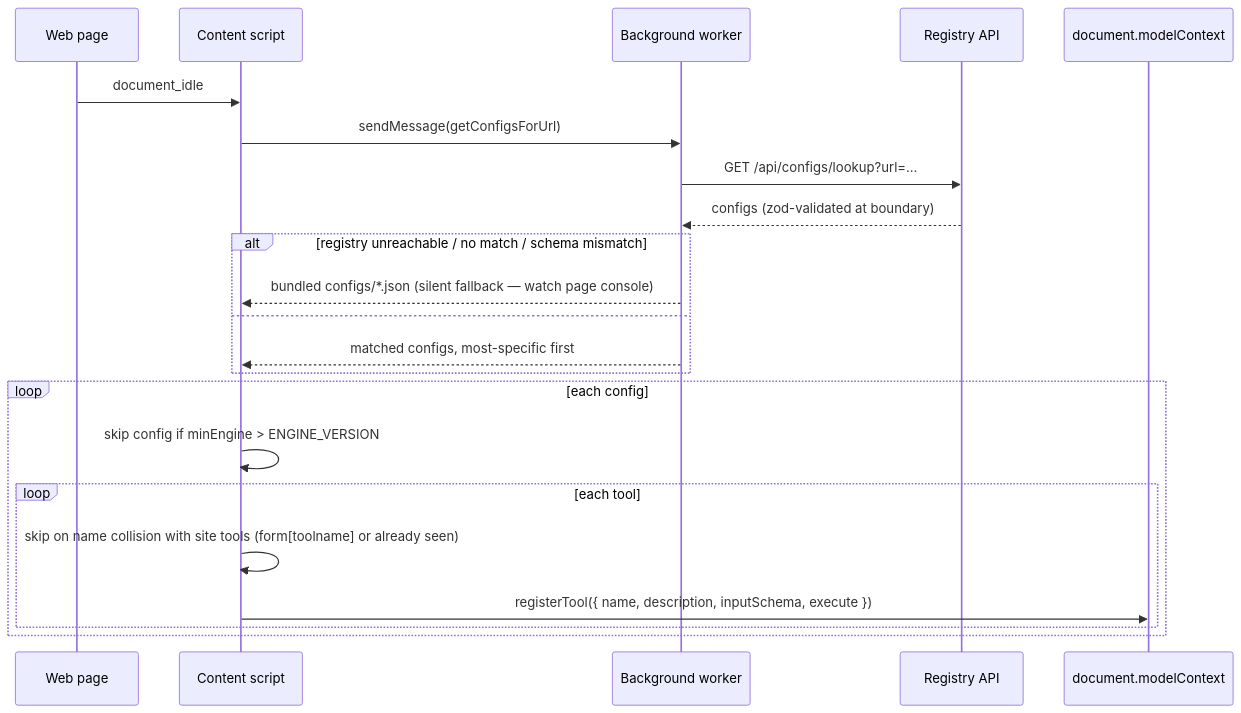
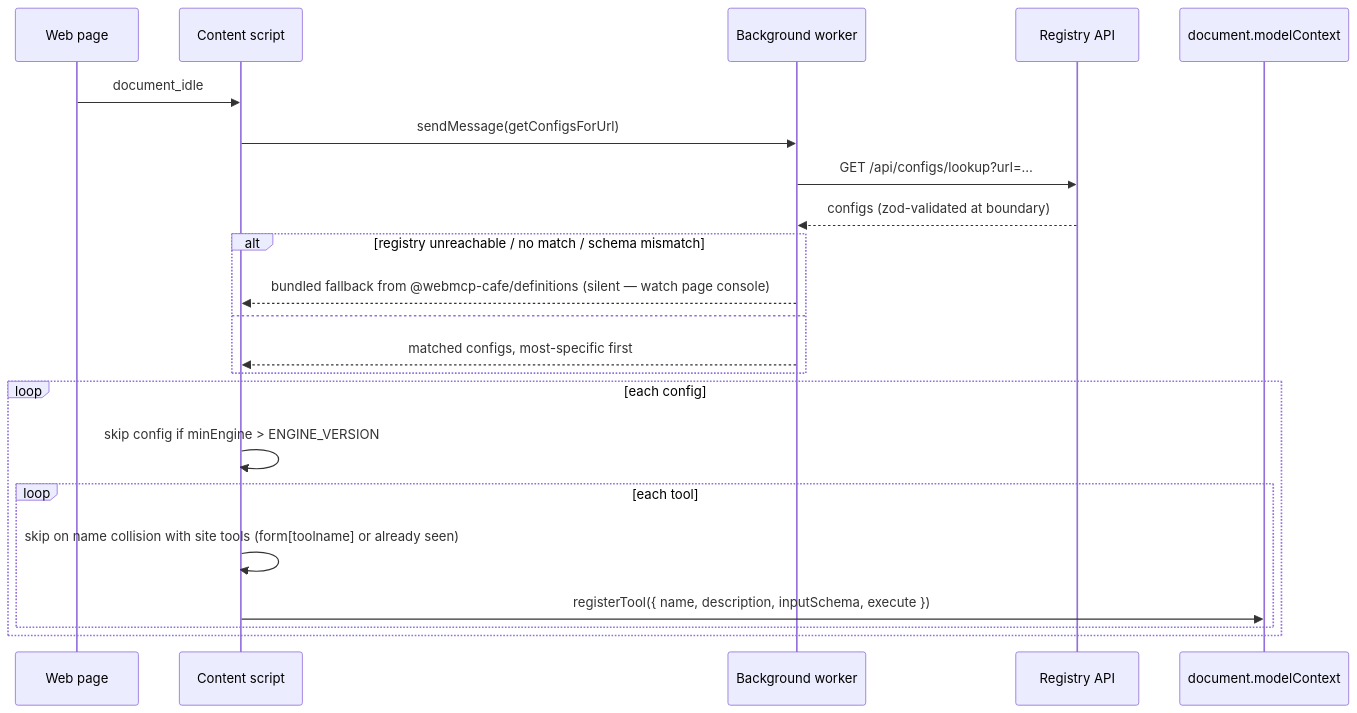
One commit to robertn702/webmcp-today changed the third of 5 diagrams in ARCHITECTURE.md. Above: the diagram before and after it, drawn with Mermaid. The commit also changed 20 other files, not shown here.

First line of the commit message:
refactor: extract curated configs into @webmcp-cafe/definitions

````diff
--- a/ARCHITECTURE.md
+++ b/ARCHITECTURE.md
@@ -87,25 +87,25 @@
 ```mermaid
 sequenceDiagram
     participant P as Web page
     participant CS as Content script
     participant BG as Background worker
     participant R as Registry API
     participant MC as document.modelContext
 
     P->>CS: document_idle
     CS->>BG: sendMessage(getConfigsForUrl)
     BG->>R: GET /api/configs/lookup?url=…
     R-->>BG: configs (zod-validated at boundary)
     alt registry unreachable / no match / schema mismatch
-        BG-->>CS: bundled configs/*.json (silent fallback — watch page console)
+        BG-->>CS: bundled fallback from @webmcp-cafe/definitions (silent — watch page console)
     else
         BG-->>CS: matched configs, most-specific first
     end
     loop each config
         CS->>CS: skip config if minEngine > ENGINE_VERSION
         loop each tool
             CS->>CS: skip on name collision with site tools (form[toolname] or already seen)
             CS->>MC: registerTool({ name, description, inputSchema, execute })
         end
     end
 ```
````
